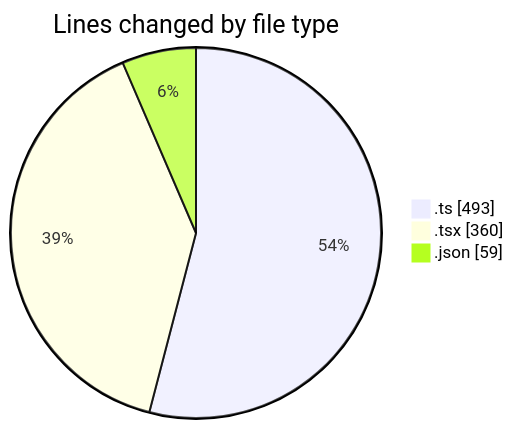
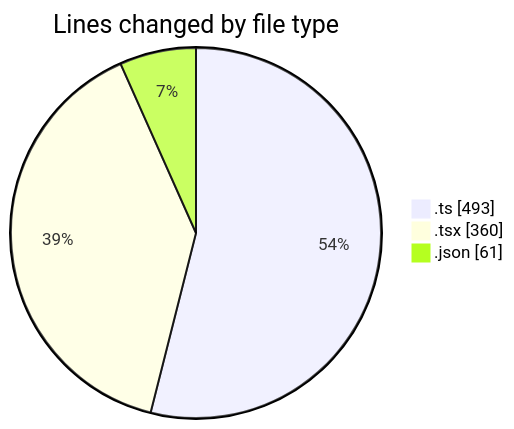
The first of 2 diagrams in 2025-11-24/eventscop-frontend-guide__workspace_/README.md (julien-gomy/code-tracking), drawn with Mermaid before and after one commit. The commit also changed other lines of this file and 1 other file, not shown here.

````diff
--- a/2025-11-24/eventscop-frontend-guide__workspace_/README.md
+++ b/2025-11-24/eventscop-frontend-guide__workspace_/README.md
@@ -33,7 +33,7 @@
 ```mermaid
 pie showData
 title Lines changed by file type
 ".ts" : 493
 ".tsx" : 360
-".json" : 59
+".json" : 61
 ```
````
